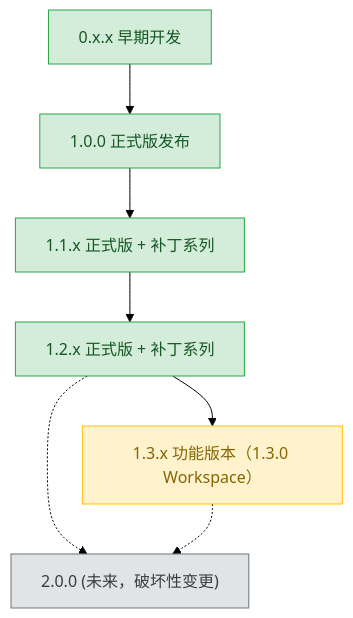
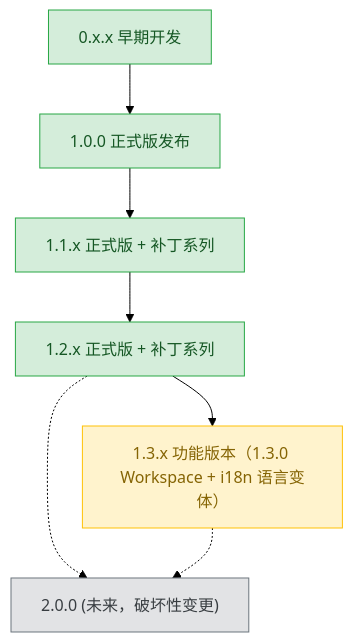
The diagram in plans/README.md (3667808244/EazyMake), drawn with Mermaid (forest theme) before and after one commit. The commit also changed other lines of this file and 4 other files, not shown here.

````diff
--- a/plans/README.md
+++ b/plans/README.md
@@ -61,26 +61,26 @@
 ```mermaid
 graph TD
     v0xx["0.x.x 早期开发"]
     v100["1.0.0 正式版发布"]
     v11x["1.1.x 正式版 + 补丁系列"]
     v12x["1.2.x 正式版 + 补丁系列"]
-    v13x["1.3.x 功能版本（1.3.0 Workspace）"]
+    v13x["1.3.x 功能版本（1.3.0 Workspace + i18n 语言变体）"]
     v200["2.0.0 (未来，破坏性变更)"]
 
     v0xx --> v100
     v100 --> v11x
     v11x --> v12x
     v12x --> v13x
     v12x -.-> v200
     v13x -.-> v200
 
     classDef done fill:#d4edda,stroke:#28a745,color:#155724;
     classDef active fill:#fff3cd,stroke:#ffc107,color:#856404;
     classDef todo fill:#e2e3e5,stroke:#6c757d,color:#383d41;
 
     class v0xx,v100 done;
     class v11x done;
     class v12x done;
     class v13x active;
     class v200 todo;
 ```
````
